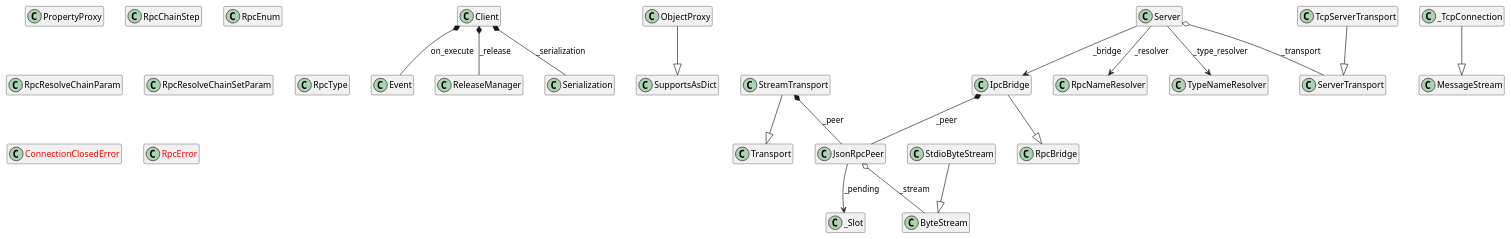
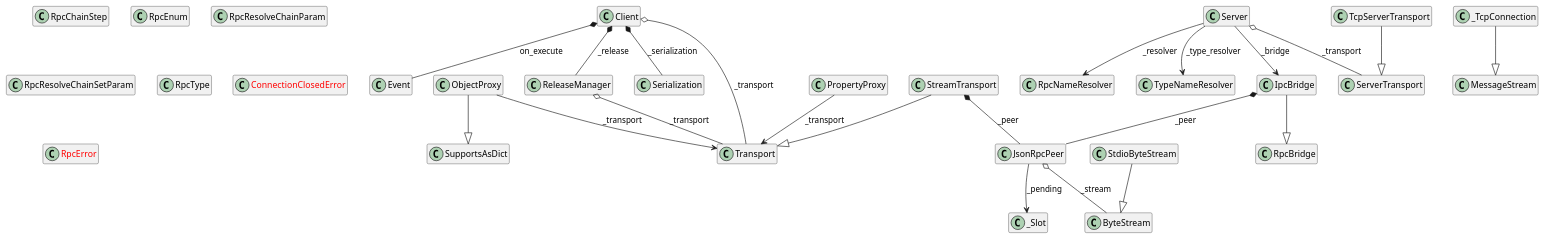
Before and after one commit to hide00310/UniLiquidLink: the first of 4 diagrams in Docs~/ClassDiagram.md, drawn with PlantUML. The commit also changed 1 other file, not shown here.

Commit message:
chore(docs): regenerate class diagram and Python API docs
Run tools~/make.py after the sample-server pytest work. The diff
reflects drift accumulated since the last regeneration (not this
session's changes): a prior type-hint quote-removal pass left
Transport/PropertyProxy/Serialization annotations unquoted, and
ReleaseManager/PropertyProxy/ObjectProxy transport dependency edges
were previously missing from the class diagram.

```diff
--- a/Docs~/ClassDiagram.md
+++ b/Docs~/ClassDiagram.md
@@ -15,11 +15,13 @@
 }
 class "SupportsAsDict" as lliquidlink.client._interfaces.SupportsAsDict {
 }
+class "ReleaseManager" as lliquidlink.client._release.ReleaseManager {
+}
 class "Transport" as lliquidlink.client._interfaces.Transport {
 }
 class "ObjectProxy" as lliquidlink.client._proxy.ObjectProxy {
 }
-class "ReleaseManager" as lliquidlink.client._release.ReleaseManager {
+class "PropertyProxy" as lliquidlink.client._proxy.PropertyProxy {
 }
 class "Serialization" as lliquidlink.client._serialization.Serialization {
 }
@@ -51,8 +53,6 @@
 }
 class "TcpServerTransport" as lliquidlink.server._transport.TcpServerTransport {
 }
-class "PropertyProxy" as lliquidlink.client._proxy.PropertyProxy {
-}
 class "RpcChainStep" as lliquidlink.client._schema.RpcChainStep {
 }
 class "RpcEnum" as lliquidlink.client._schema.RpcEnum {
@@ -79,8 +79,12 @@
 lliquidlink.client._client.Client *-- lliquidlink.client._serialization.Serialization : _serialization
 lliquidlink.client._transports.StreamTransport *-- lliquidlink.core._rpc.JsonRpcPeer : _peer
 lliquidlink.server.ipc_bridge.IpcBridge *-- lliquidlink.core._rpc.JsonRpcPeer : _peer
+lliquidlink.client._client.Client o-- lliquidlink.client._interfaces.Transport : _transport
+lliquidlink.client._release.ReleaseManager o-- lliquidlink.client._interfaces.Transport : _transport
 lliquidlink.core._rpc.JsonRpcPeer o-- lliquidlink.core._interfaces.ByteStream : _stream
 lliquidlink.server.server.Server o-- lliquidlink.server._transport.ServerTransport : _transport
+lliquidlink.client._proxy.ObjectProxy --> lliquidlink.client._interfaces.Transport : _transport
+lliquidlink.client._proxy.PropertyProxy --> lliquidlink.client._interfaces.Transport : _transport
 lliquidlink.core._rpc.JsonRpcPeer --> lliquidlink.core._rpc._Slot : _pending
 lliquidlink.server.server.Server --> lliquidlink.server.ipc_bridge.IpcBridge : _bridge
 lliquidlink.server.server.Server --> lliquidlink.server.resolver.RpcNameResolver : _resolver
```
